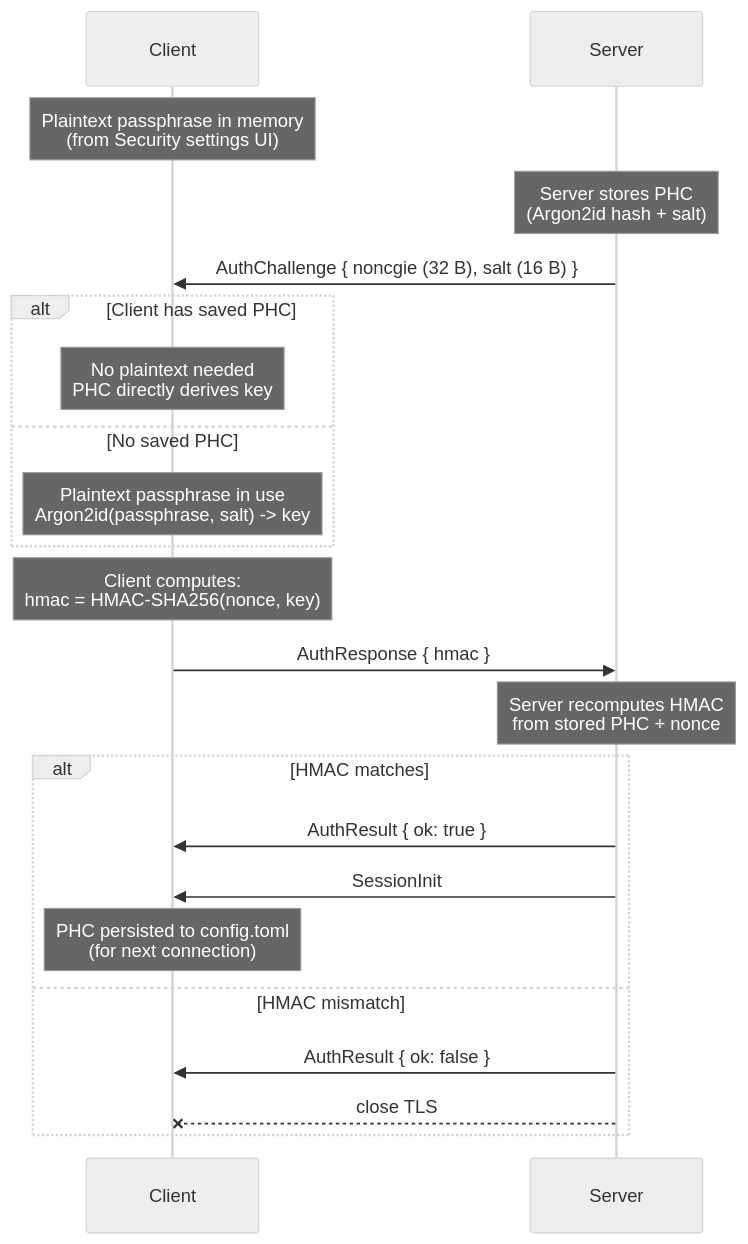
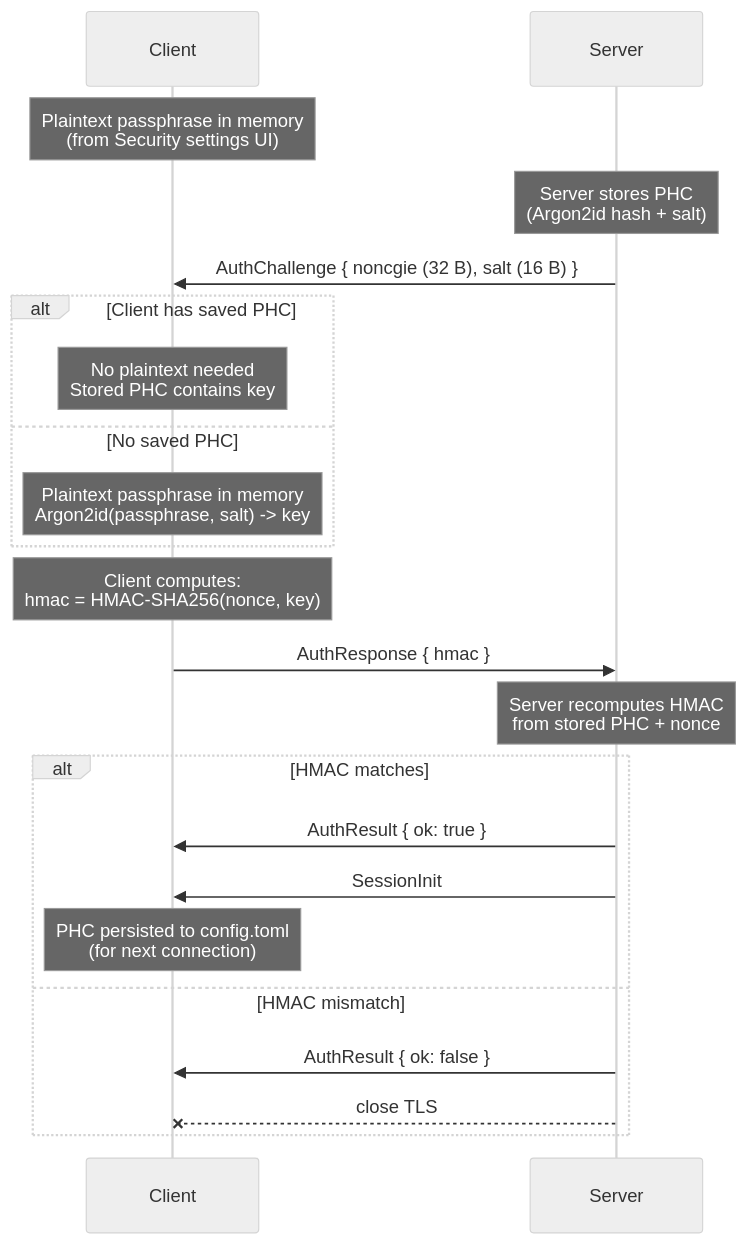
Before and after one commit to xfoa/Spud: diagram 12 of 19 in docs/protocol.md, drawn with Mermaid (neutral theme). The commit also changed 7 other files, not shown here.

````diff
--- a/docs/protocol.md
+++ b/docs/protocol.md
@@ -172,32 +172,32 @@
 ```mermaid
 sequenceDiagram
     participant C as Client
     participant S as Server
 
     Note over C: Plaintext passphrase in memory<br/>(from Security settings UI)
 
     Note over S: Server stores PHC<br/>(Argon2id hash + salt)
 
     S->>C: AuthChallenge { noncgie (32 B), salt (16 B) }
 
     alt Client has saved PHC
-        Note over C: No plaintext needed<br/>PHC directly derives key
+        Note over C: No plaintext needed<br/>Stored PHC contains key
     else No saved PHC
-        Note over C: Plaintext passphrase in use<br/>Argon2id(passphrase, salt) -> key
+        Note over C: Plaintext passphrase in memory<br/>Argon2id(passphrase, salt) -> key
     end
 
     Note over C: Client computes:<br/>hmac = HMAC-SHA256(nonce, key)
 
     C->>S: AuthResponse { hmac }
 
     Note over S: Server recomputes HMAC<br/>from stored PHC + nonce
 
     alt HMAC matches
         S->>C: AuthResult { ok: true }
         S->>C: SessionInit
         Note over C: PHC persisted to config.toml<br/>(for next connection)
     else HMAC mismatch
         S->>C: AuthResult { ok: false }
         S--xC: close TLS
     end
 ```
````
